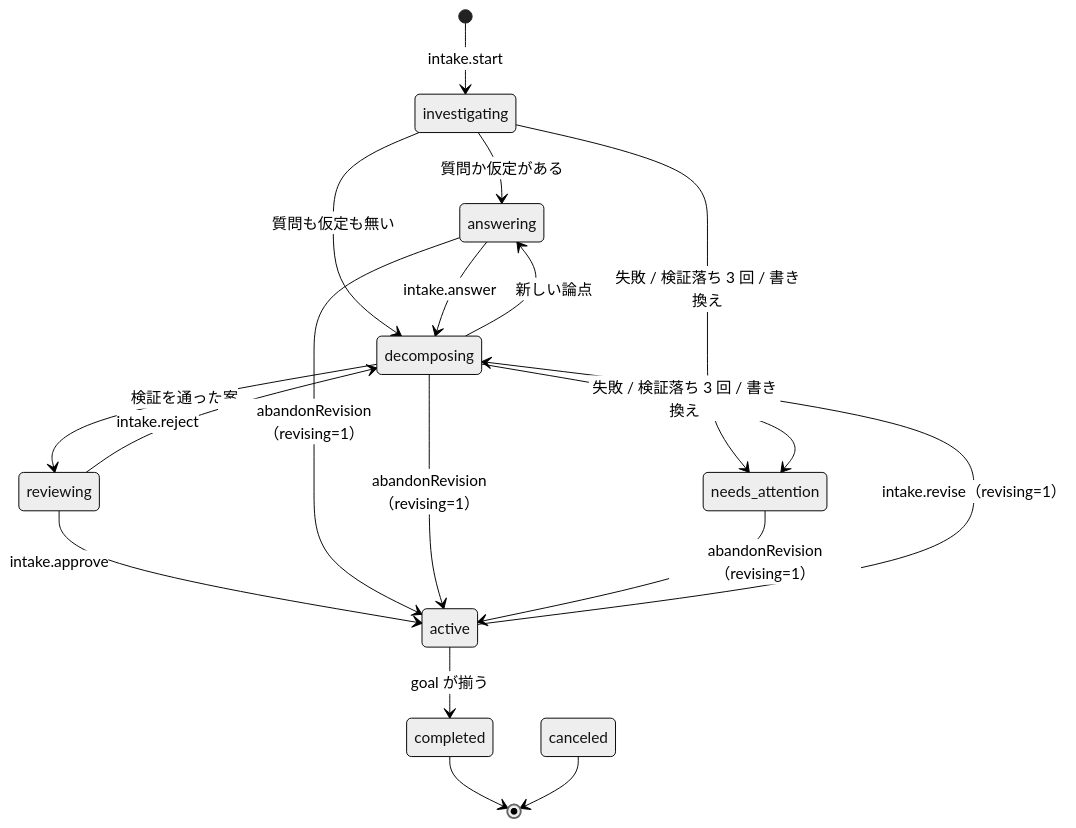
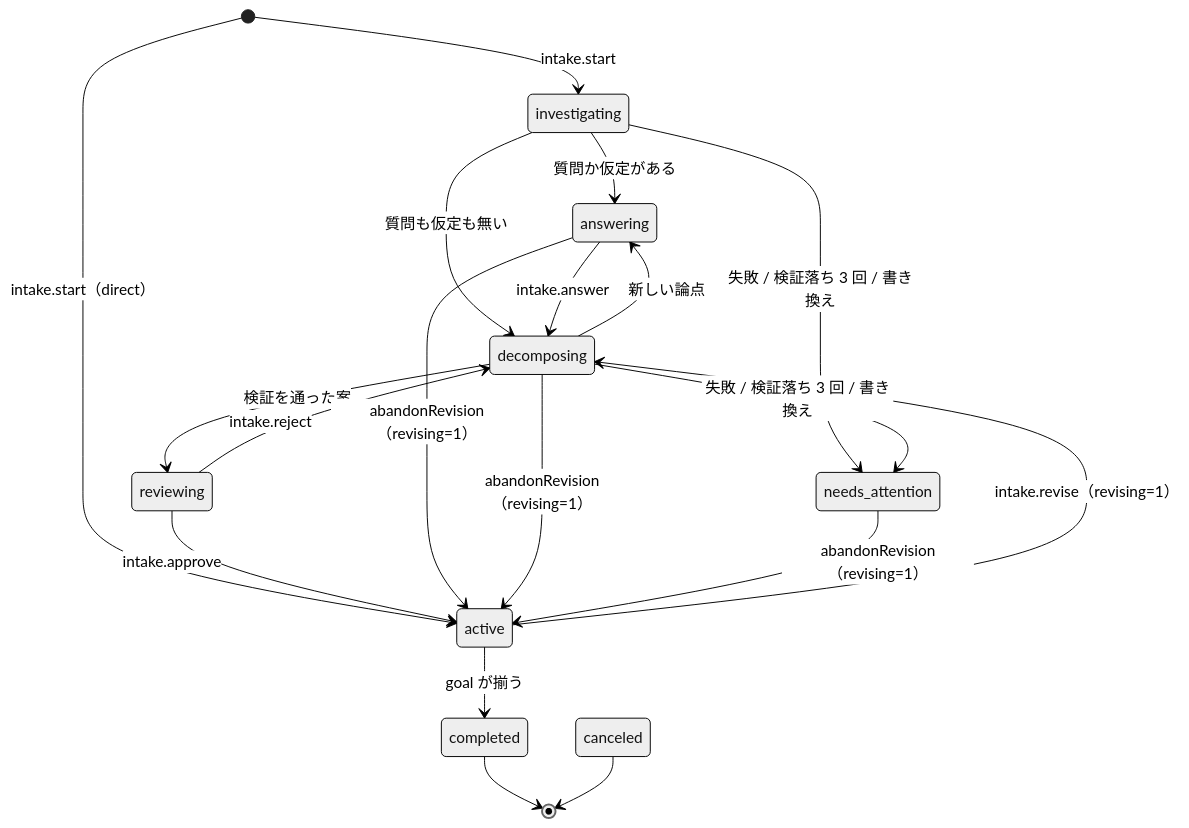
The diagram in docs/developer-guide/06-intake.md (todokr/doctrine), drawn with Mermaid (neutral theme) before and after one commit. The commit also changed other lines of this file and 1 other file, not shown here.

Commit message:
開発者ガイドに direct の Intake と帯の置き場所を書く

````diff
--- a/docs/developer-guide/06-intake.md
+++ b/docs/developer-guide/06-intake.md
@@ -50,20 +55,21 @@
 ```mermaid
 stateDiagram-v2
   [*] --> investigating: intake.start
+  [*] --> active: intake.start（direct）
   investigating --> answering: 質問か仮定がある
   investigating --> decomposing: 質問も仮定も無い
   investigating --> needs_attention: 失敗 / 検証落ち 3 回 / 書き換え
   answering --> decomposing: intake.answer
   decomposing --> answering: 新しい論点
   decomposing --> reviewing: 検証を通った案
   decomposing --> needs_attention: 失敗 / 検証落ち 3 回 / 書き換え
   reviewing --> decomposing: intake.reject
   reviewing --> active: intake.approve
   active --> decomposing: intake.revise（revising=1）
   active --> completed: goal が揃う
   answering --> active: abandonRevision（revising=1）
   decomposing --> active: abandonRevision（revising=1）
   needs_attention --> active: abandonRevision（revising=1）
   completed --> [*]
   canceled --> [*]
 ```
````
